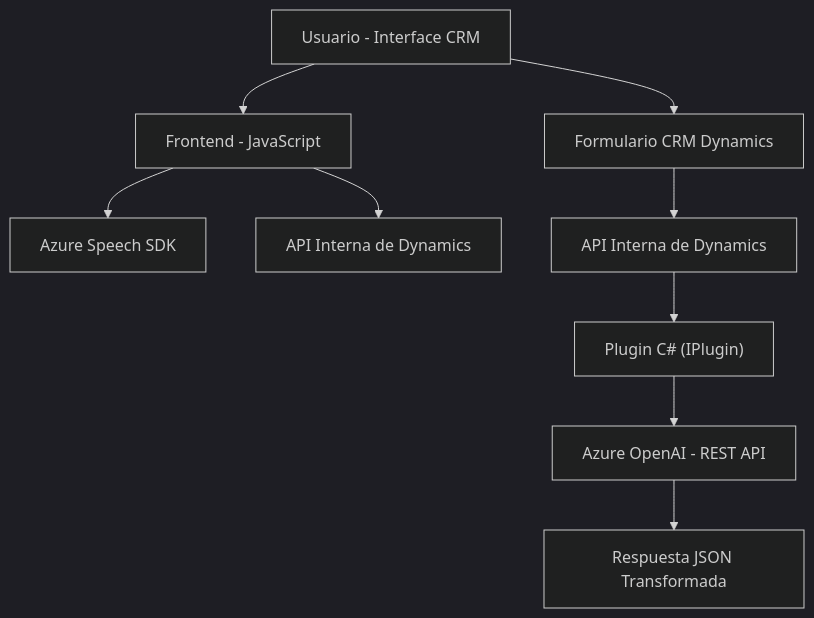
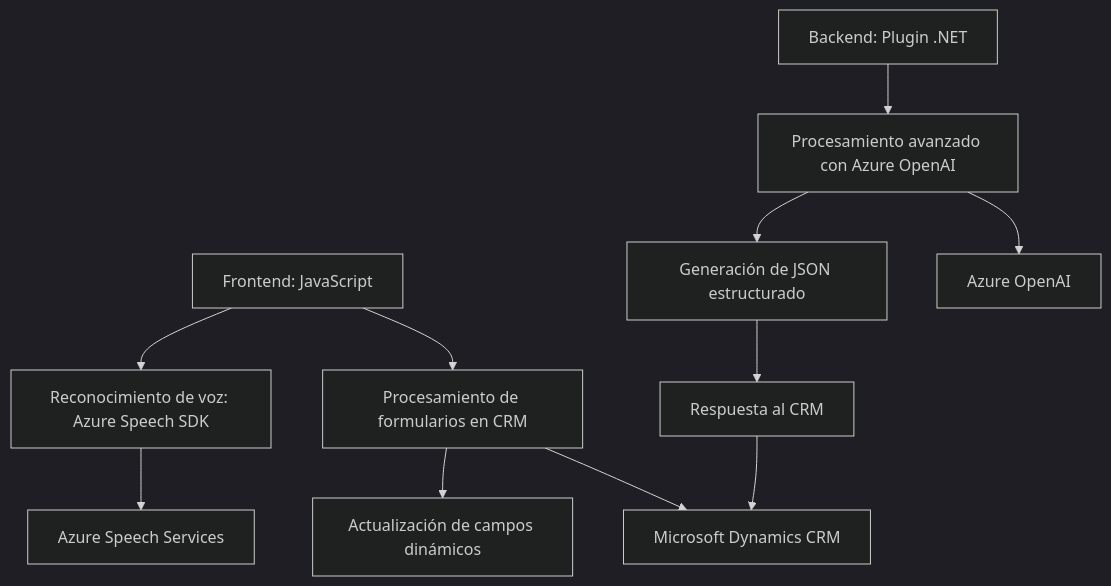
Before and after one commit to blopezdm/NETCORE_BILBAO2025: the diagram in README.md, drawn with Mermaid (dark theme). The commit also changed other lines of this file, not shown here.

Commit message:
Actualizar análisis global de la solución con IA

````diff
--- a/README.md
+++ b/README.md
@@ -40,11 +43,15 @@
 ```mermaid
 graph TD
-    A["Usuario - Interface CRM"] --> B["Frontend - JavaScript"]
-    B --> C["Azure Speech SDK"]
-    A --> D["Formulario CRM Dynamics"]
-    D --> E["API Interna de Dynamics"]
-    B --> F["API Interna de Dynamics"]
-    E --> G["Plugin C# (IPlugin)"]
-    G --> H["Azure OpenAI - REST API"]
-    H --> I["Respuesta JSON Transformada"]
+  A["Frontend: JavaScript"] --> B["Reconocimiento de voz: Azure Speech SDK"]
+  A --> C["Procesamiento de formularios en CRM"]
+  C --> D["Actualización de campos dinámicos"]
+
+  E["Backend: Plugin .NET"] --> F["Procesamiento avanzado con Azure OpenAI"]
+  F --> G["Generación de JSON estructurado"]
+  G --> H["Respuesta al CRM"]
+
+  B --> I["Azure Speech Services"]
+  F --> J["Azure OpenAI"]
+  C --> K["Microsoft Dynamics CRM"]
+  H --> K
 ```
````
